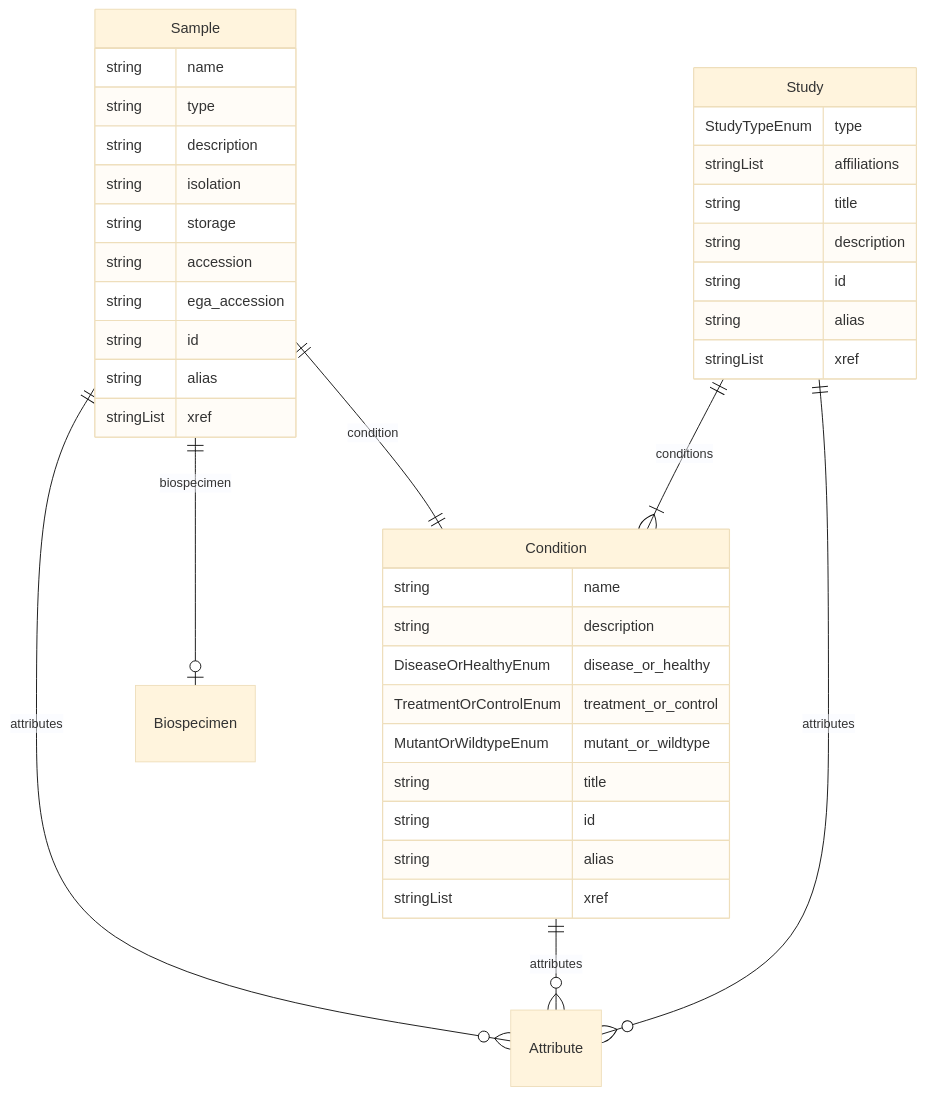
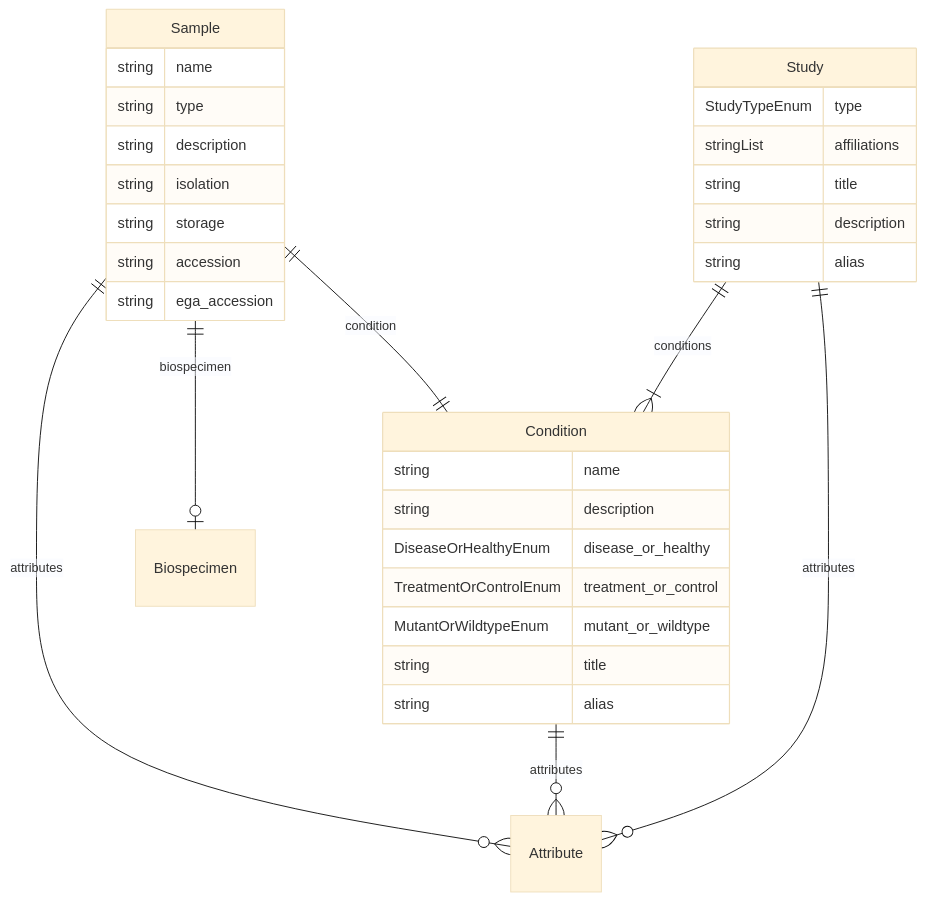
Before and after one commit to ghga-de/ghga-metadata-schema: the seventh of 7 diagrams in docs/entity_relations.md, drawn with Mermaid (base theme). The commit also changed other lines of this file and 57 other files, not shown here.

````diff
--- a/docs/entity_relations.md
+++ b/docs/entity_relations.md
@@ -355,43 +337,36 @@
 ```mermaid
 erDiagram
 Sample {
     string name  
     string type  
     string description  
     string isolation  
     string storage  
     string accession  
     string ega_accession  
-    string id  
-    string alias  
-    stringList xref  
 }
 Condition {
     string name  
     string description  
     DiseaseOrHealthyEnum disease_or_healthy  
     TreatmentOrControlEnum treatment_or_control  
     MutantOrWildtypeEnum mutant_or_wildtype  
     string title  
-    string id  
     string alias  
-    stringList xref  
 }
 Study {
     StudyTypeEnum type  
     stringList affiliations  
     string title  
     string description  
-    string id  
     string alias  
-    stringList xref  
 }
 
 Sample ||--|o Biospecimen : "biospecimen"
 Sample ||--|| Condition : "condition"
 Sample ||--}o Attribute : "attributes"
 Condition ||--}o Attribute : "attributes"
 Study ||--}| Condition : "conditions"
 Study ||--}o Attribute : "attributes"
 
 ```
````
